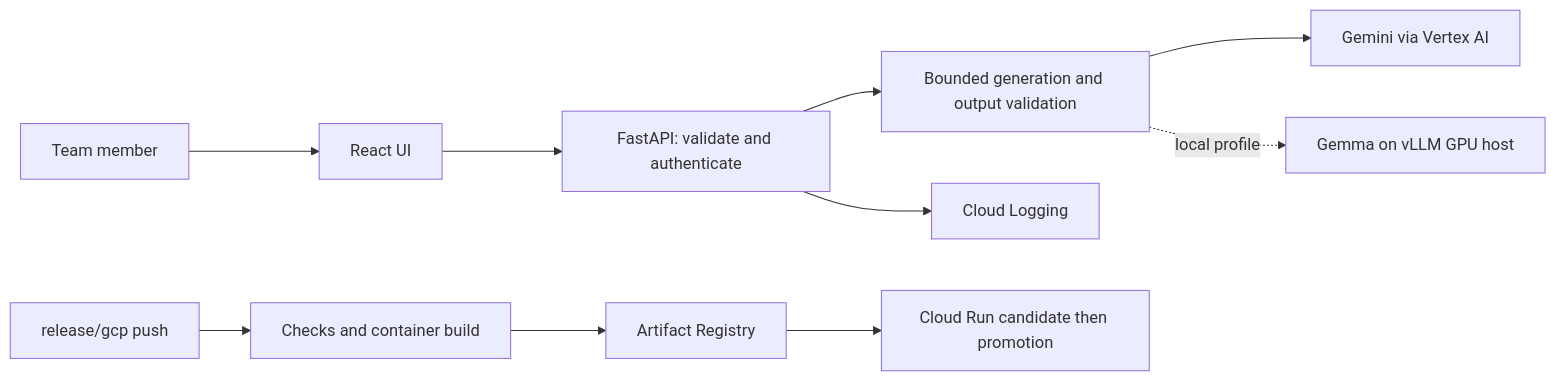
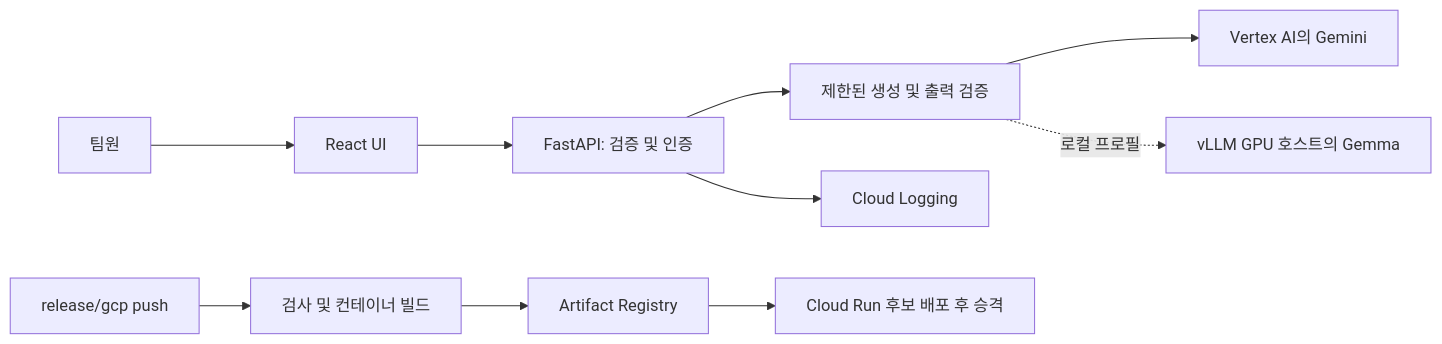
One commit to Sihyeon-Ji/trend-interpreter changed the diagram in docs/architecture.md. Above: the diagram before and after it, drawn with Mermaid. The commit also changed other lines of this file and 5 other files, not shown here.

````diff
--- a/docs/architecture.md
+++ b/docs/architecture.md
@@ -9,12 +9,12 @@
 ```mermaid
 flowchart LR
-  User[Team member] --> UI[React UI]
-  UI --> API[FastAPI: validate and authenticate]
-  API --> Workflow[Bounded generation and output validation]
-  Workflow --> Gemini[Gemini via Vertex AI]
-  Workflow -. local profile .-> Gemma[Gemma on vLLM GPU host]
+  User[팀원] --> UI[React UI]
+  UI --> API[FastAPI: 검증 및 인증]
+  API --> Workflow[제한된 생성 및 출력 검증]
+  Workflow --> Gemini[Vertex AI의 Gemini]
+  Workflow -. 로컬 프로필 .-> Gemma[vLLM GPU 호스트의 Gemma]
   API --> Logs[Cloud Logging]
-  GitHub[release/gcp push] --> CI[Checks and container build]
+  GitHub[release/gcp push] --> CI[검사 및 컨테이너 빌드]
   CI --> Registry[Artifact Registry]
-  Registry --> Run[Cloud Run candidate then promotion]
+  Registry --> Run[Cloud Run 후보 배포 후 승격]
 ```
````
